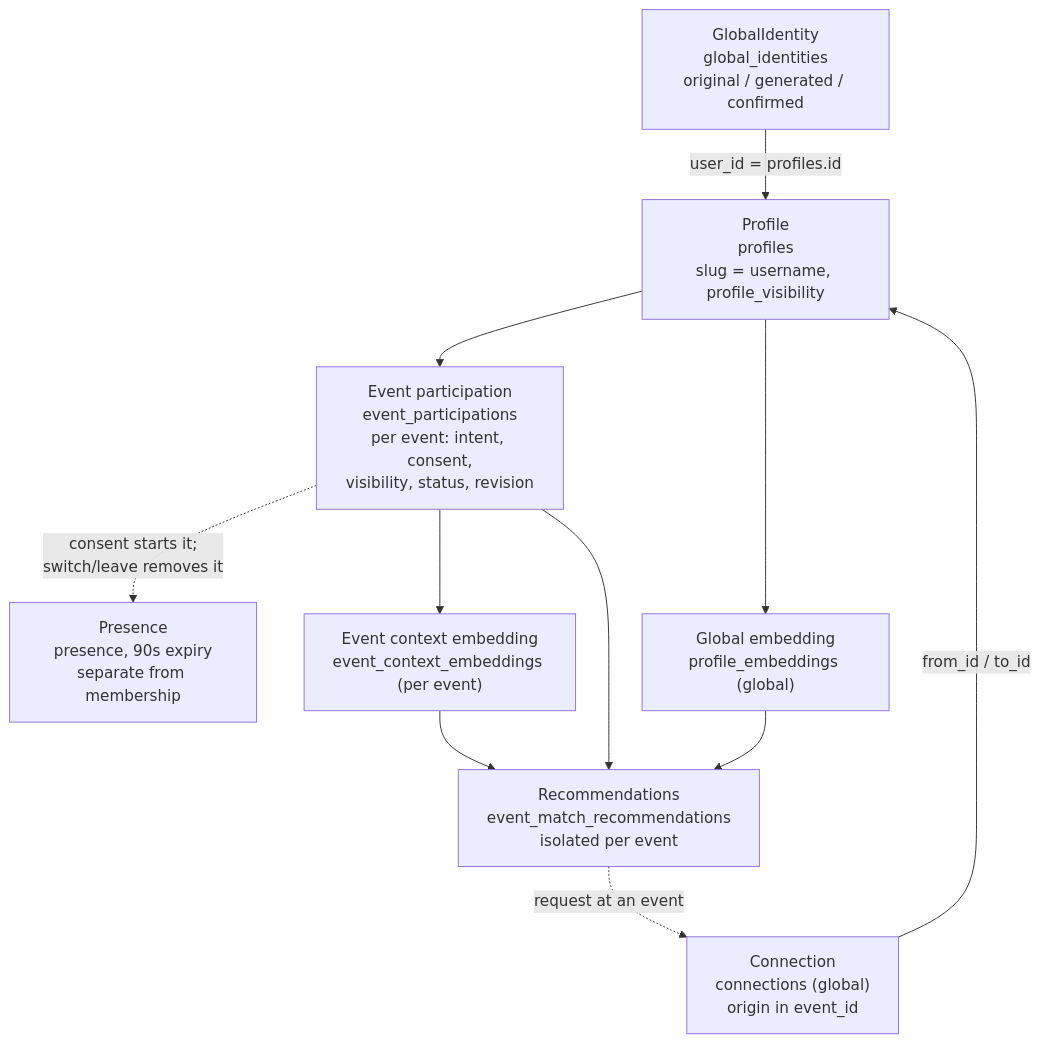
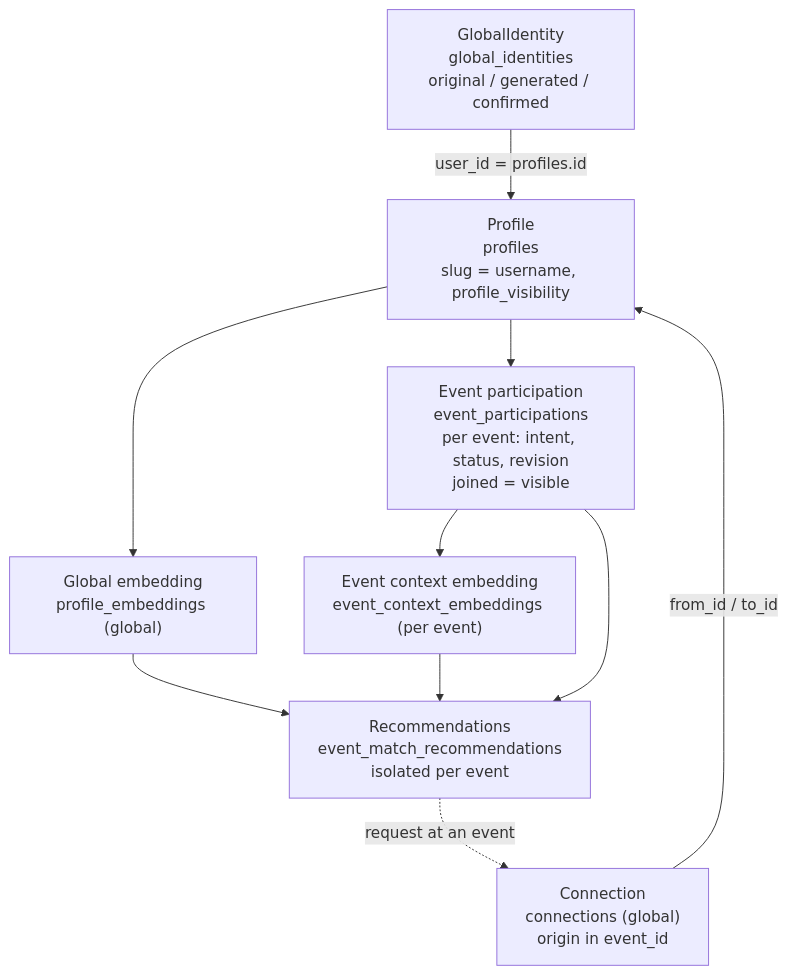
The diagram in docs/MULTI_EVENT_ARCHITECTURE.md (pablojhdcoder/IntroMesh), drawn with Mermaid before and after one commit. The commit also changed other lines of this file and 9 other files, not shown here.

Commit message:
docs: pre-event membership visibility

````diff
--- a/docs/MULTI_EVENT_ARCHITECTURE.md
+++ b/docs/MULTI_EVENT_ARCHITECTURE.md
@@ -5,22 +5,20 @@
 ```mermaid
 flowchart TB
   GI["GlobalIdentity<br/>global_identities<br/>original / generated / confirmed"]
   P["Profile<br/>profiles<br/>slug = username, profile_visibility"]
-  EP["Event participation<br/>event_participations<br/>per event: intent, consent,<br/>visibility, status, revision"]
-  PR["Presence<br/>presence, 90s expiry<br/>separate from membership"]
+  EP["Event participation<br/>event_participations<br/>per event: intent, status, revision<br/>joined = visible"]
   GE["Global embedding<br/>profile_embeddings (global)"]
   CE["Event context embedding<br/>event_context_embeddings (per event)"]
   REC["Recommendations<br/>event_match_recommendations<br/>isolated per event"]
   C["Connection<br/>connections (global)<br/>origin in event_id"]
 
   GI -->|user_id = profiles.id| P
   P --> EP
-  EP -.->|consent starts it;<br/>switch/leave removes it| PR
   P --> GE
   EP --> CE
   GE --> REC
   CE --> REC
   EP --> REC
   C -->|from_id / to_id| P
   REC -.->|request at an event| C
 ```
````
